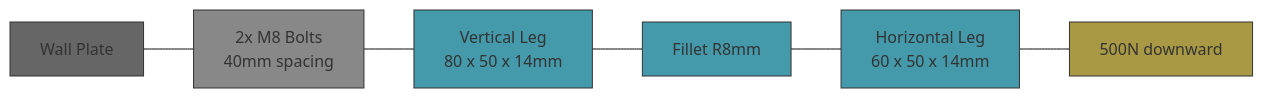
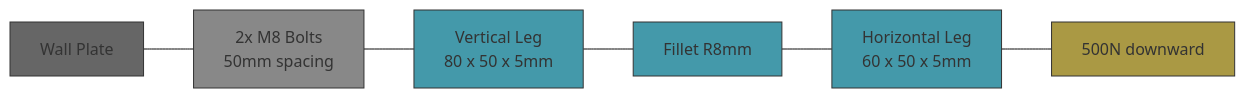
Before and after one commit to engineering-with-ai/mechanical-base: the diagram in readme.md, drawn with Mermaid (base theme). The commit also changed other lines of this file and 4 other files, not shown here.

````diff
--- a/readme.md
+++ b/readme.md
@@ -14,15 +14,15 @@
 ```mermaid
 graph LR
-    WALL["Wall Plate"] --- BOLTS["2x M8 Bolts<br/>40mm spacing"]
-    BOLTS --- VERT["Vertical Leg<br/>80 x 50 x 14mm"]
+    WALL["Wall Plate"] --- BOLTS["2x M8 Bolts<br/>50mm spacing"]
+    BOLTS --- VERT["Vertical Leg<br/>80 x 50 x 5mm"]
     VERT --- BEND["Fillet R8mm"]
-    BEND --- HORIZ["Horizontal Leg<br/>60 x 50 x 14mm"]
+    BEND --- HORIZ["Horizontal Leg<br/>60 x 50 x 5mm"]
     HORIZ --- LOAD["500N downward"]
 
     style WALL fill:#666,stroke:#333
     style BOLTS fill:#888,stroke:#333
     style VERT fill:#49a,stroke:#333
     style BEND fill:#49a,stroke:#333
     style HORIZ fill:#49a,stroke:#333
     style LOAD fill:#a94,stroke:#333
 ```
````
